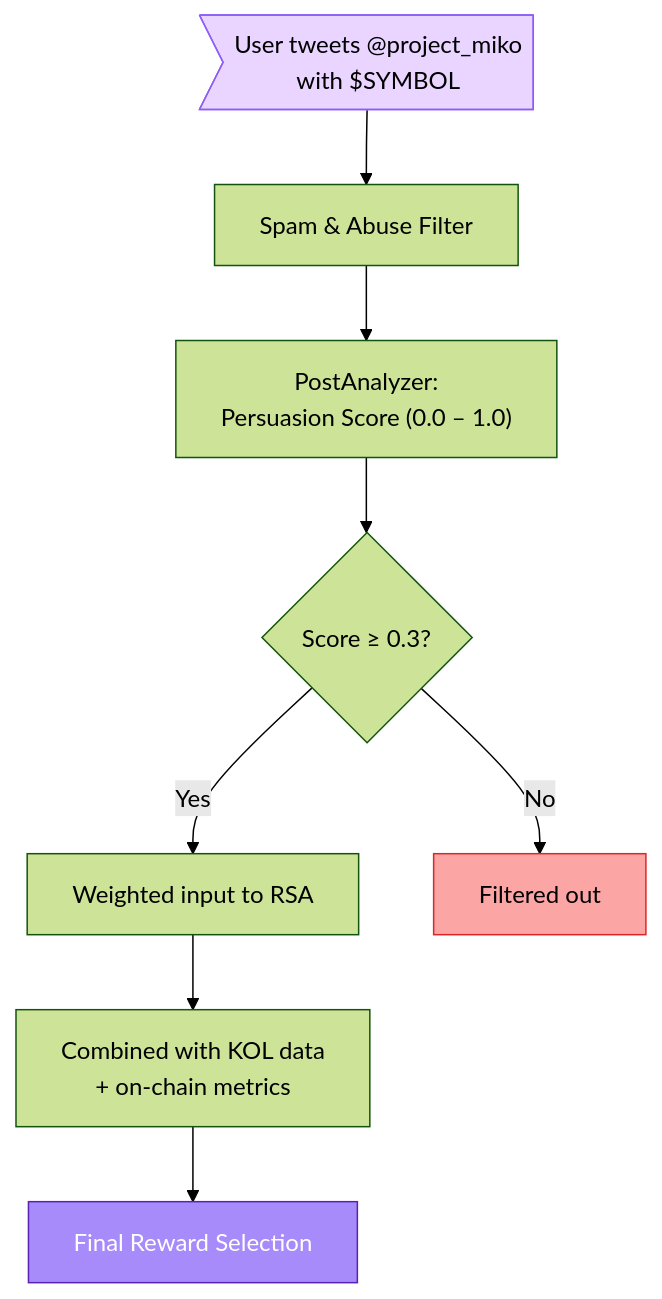
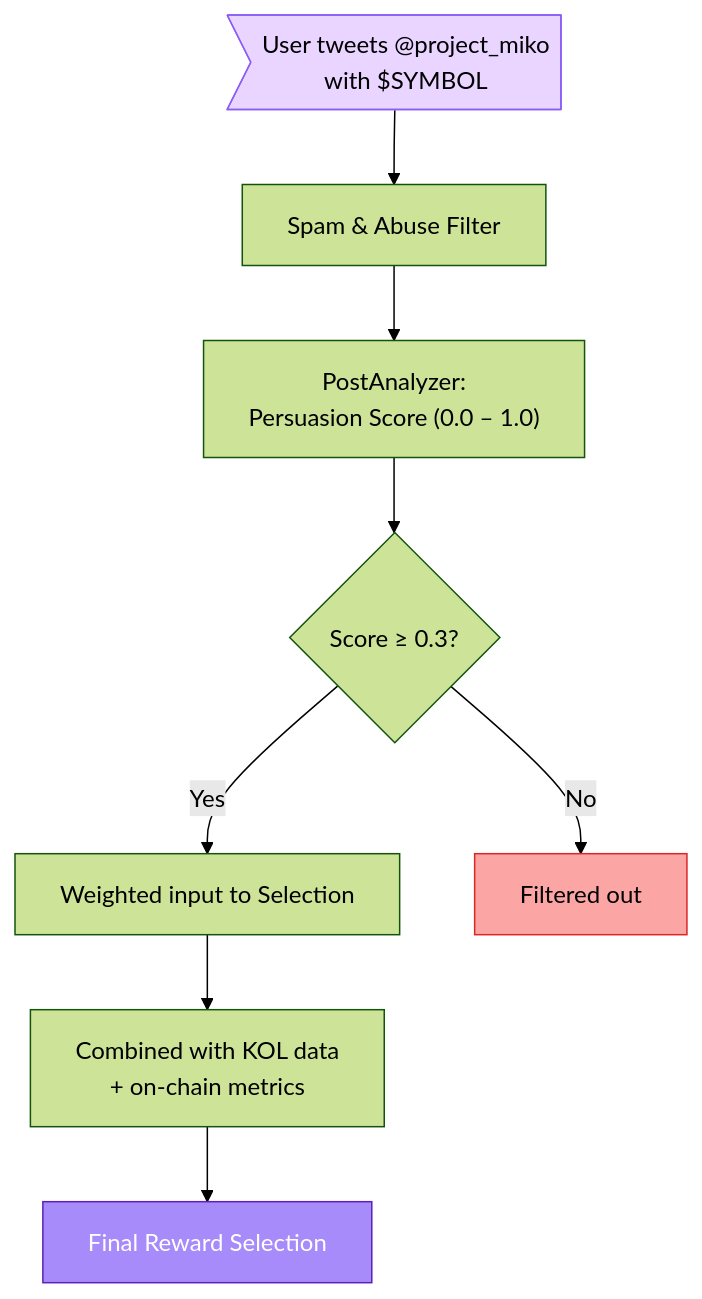
Before and after one commit to Miko-Protocol/docs: the fifth of 6 diagrams in docs/technical-architecture/ai-architecture.md, drawn with Mermaid (forest theme). The commit also changed other lines of this file and 17 other files, not shown here.

````diff
--- a/docs/technical-architecture/ai-architecture.md
+++ b/docs/technical-architecture/ai-architecture.md
@@ -303,13 +303,13 @@
 ```mermaid
 graph TD
     A>"User tweets @project_miko<br/>with $SYMBOL"] --> B["Spam & Abuse Filter"]
     B --> C["PostAnalyzer:<br/>Persuasion Score (0.0 – 1.0)"]
     C --> D{"Score ≥ 0.3?"}
-    D -->|"Yes"| E["Weighted input to RSA"]
+    D -->|"Yes"| E["Weighted input to Selection"]
     D -->|"No"| F["Filtered out"]
     E --> G["Combined with KOL data<br/>+ on-chain metrics"]
     G --> H["Final Reward Selection"]
     style A fill:#E9D5FF,stroke:#8B5CF6
     style F fill:#fca5a5,stroke:#dc2626
     style H fill:#A78BFA,stroke:#5B21B6,color:#fff
 ```
````
